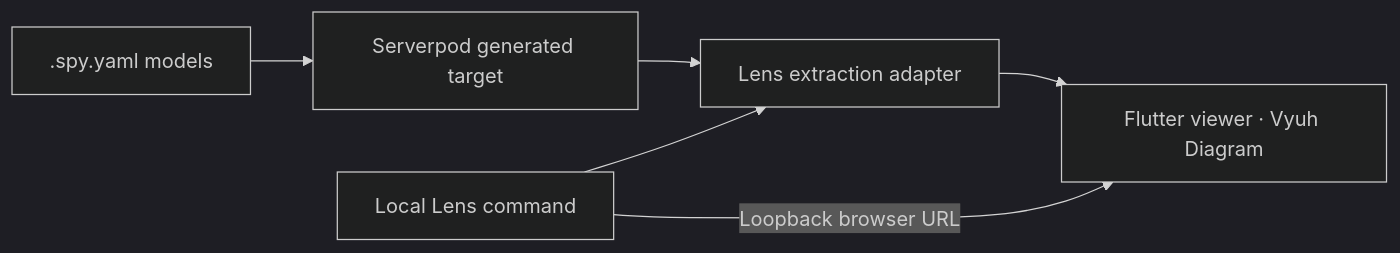
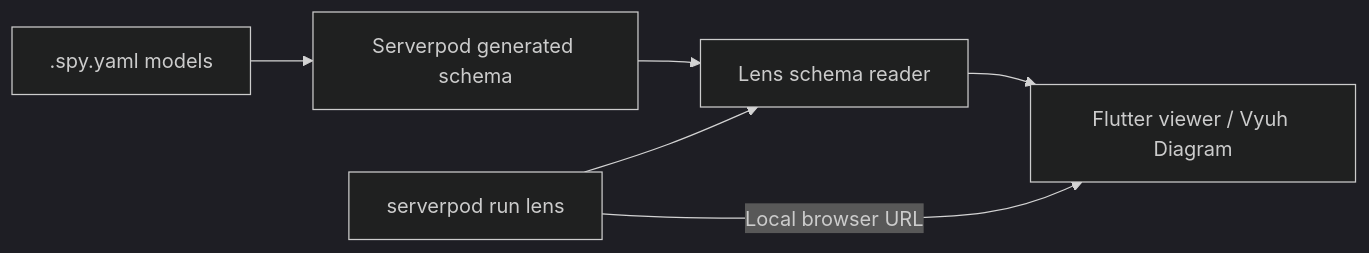
Before and after one commit to vyuh-tech/serverpod_lens: the diagram in README.md, drawn with Mermaid (dark theme). The commit also changed other lines of this file, not shown here.

Commit message:
docs(readme): simplify overview and link the hosted large schema demo

````diff
--- a/README.md
+++ b/README.md
@@ -30,8 +40,8 @@
 ```mermaid
 flowchart LR
-    models[".spy.yaml models"] --> target["Serverpod generated target"]
-    target --> adapter["Lens extraction adapter"]
-    adapter --> viewer["Flutter viewer · Vyuh Diagram"]
-    cli["Local Lens command"] --> adapter
-    cli -->|"Loopback browser URL"| viewer
+    models[".spy.yaml models"] --> target["Serverpod generated schema"]
+    target --> adapter["Lens schema reader"]
+    adapter --> viewer["Flutter viewer / Vyuh Diagram"]
+    command["serverpod run lens"] --> adapter
+    command -->|"Local browser URL"| viewer
 ```
````
